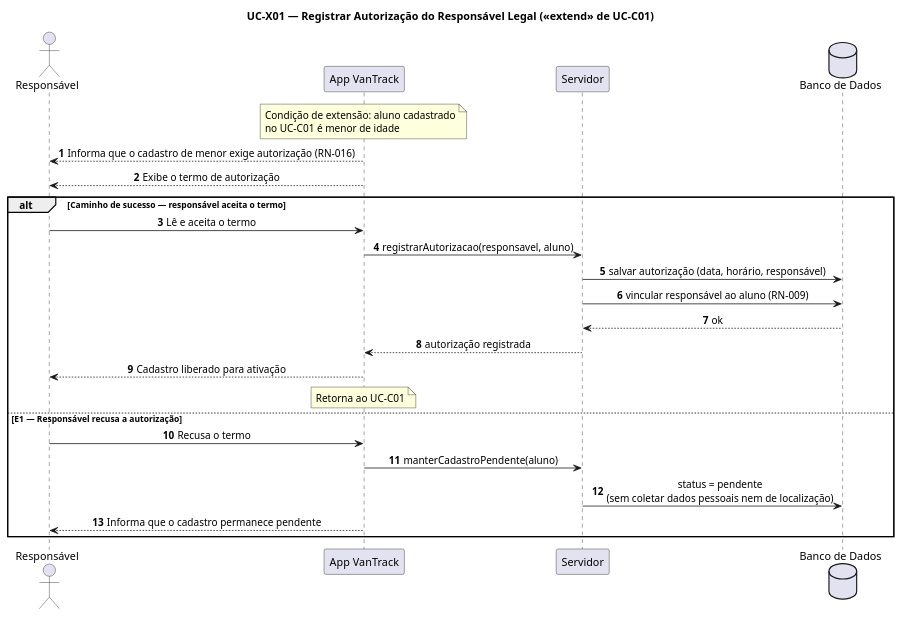
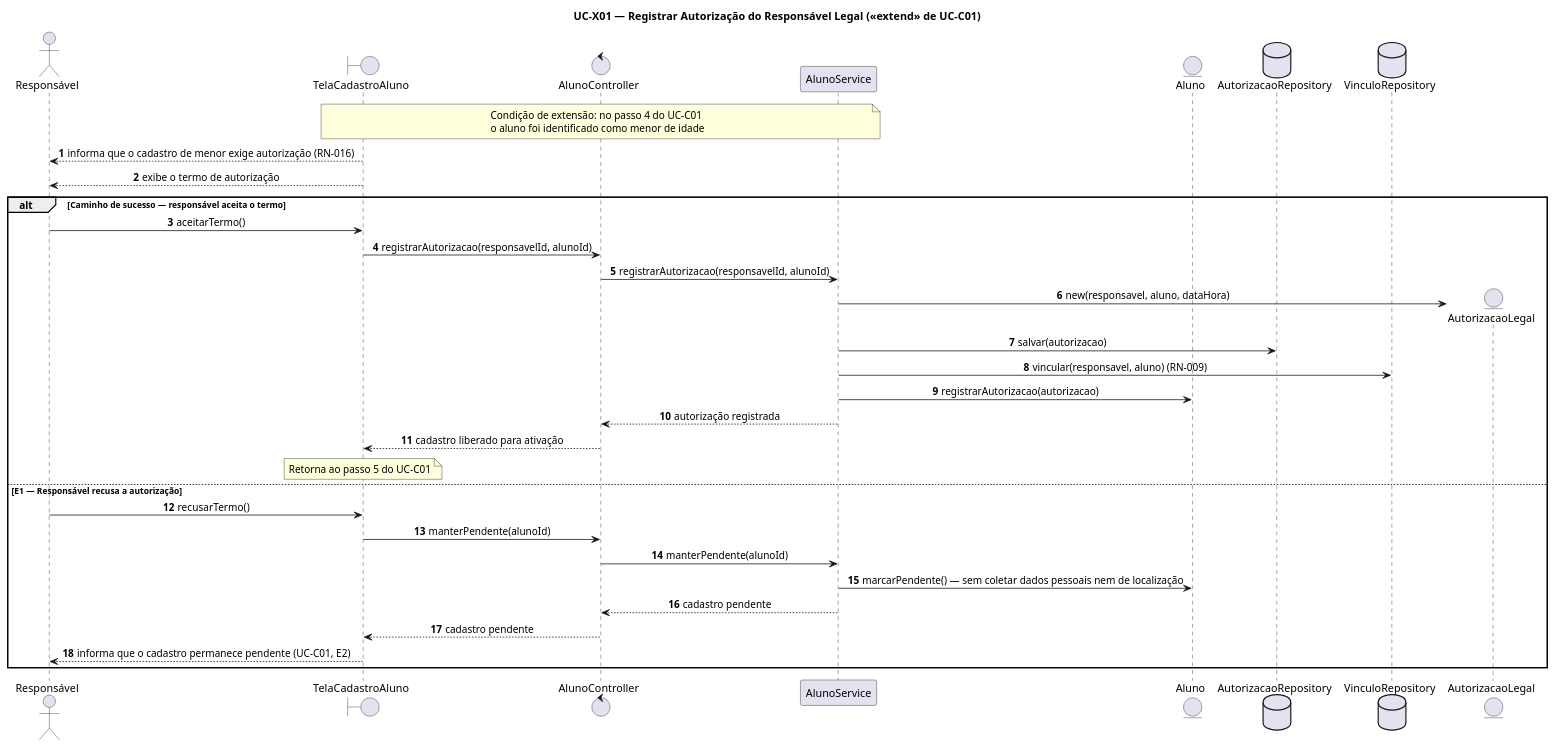
One commit to luisgustavoribeirodefreitas/VanTrack changed the diagram in documentos/atividade-04/scripts/UC-X01.puml. Above: the diagram before and after it, drawn with PlantUML. The commit also changed 63 other files, not shown here.

```diff
--- a/documentos/atividade-04/scripts/UC-X01.puml
+++ b/documentos/atividade-04/scripts/UC-X01.puml
@@ -1,31 +1,41 @@
 @startuml UC-X01
 title UC-X01 — Registrar Autorização do Responsável Legal («extend» de UC-C01)
 skinparam sequenceMessageAlign center
+skinparam responseMessageBelowArrow true
 autonumber
 
 actor "Responsável" as R
-participant "App VanTrack" as App
-participant "Servidor" as API
-database "Banco de Dados" as DB
+boundary "TelaCadastroAluno" as T
+control "AlunoController" as C
+participant "AlunoService" as S
+entity "Aluno" as A
+database "AutorizacaoRepository" as AuRepo
+database "VinculoRepository" as VRepo
 
-note over App : Condição de extensão: aluno cadastrado\nno UC-C01 é menor de idade
+note over T, S : Condição de extensão: no passo 4 do UC-C01\no aluno foi identificado como menor de idade
 
-App --> R : Informa que o cadastro de menor exige autorização (RN-016)
-App --> R : Exibe o termo de autorização
+T --> R : informa que o cadastro de menor exige autorização (RN-016)
+T --> R : exibe o termo de autorização
 
 alt Caminho de sucesso — responsável aceita o termo
-    R -> App : Lê e aceita o termo
-    App -> API : registrarAutorizacao(responsavel, aluno)
-    API -> DB : salvar autorização (data, horário, responsável)
-    API -> DB : vincular responsável ao aluno (RN-009)
-    DB --> API : ok
-    API --> App : autorização registrada
-    App --> R : Cadastro liberado para ativação
-    note over App : Retorna ao UC-C01
+    R -> T : aceitarTermo()
+    T -> C : registrarAutorizacao(responsavelId, alunoId)
+    C -> S : registrarAutorizacao(responsavelId, alunoId)
+    create entity "AutorizacaoLegal" as Au
+    S -> Au : new(responsavel, aluno, dataHora)
+    S -> AuRepo : salvar(autorizacao)
+    S -> VRepo : vincular(responsavel, aluno) (RN-009)
+    S -> A : registrarAutorizacao(autorizacao)
+    S --> C : autorização registrada
+    C --> T : cadastro liberado para ativação
+    note over T : Retorna ao passo 5 do UC-C01
 else E1 — Responsável recusa a autorização
-    R -> App : Recusa o termo
-    App -> API : manterCadastroPendente(aluno)
-    API -> DB : status = pendente\n(sem coletar dados pessoais nem de localização)
-    App --> R : Informa que o cadastro permanece pendente
+    R -> T : recusarTermo()
+    T -> C : manterPendente(alunoId)
+    C -> S : manterPendente(alunoId)
+    S -> A : marcarPendente() — sem coletar dados pessoais nem de localização
+    S --> C : cadastro pendente
+    C --> T : cadastro pendente
+    T --> R : informa que o cadastro permanece pendente (UC-C01, E2)
 end
 @enduml
```
